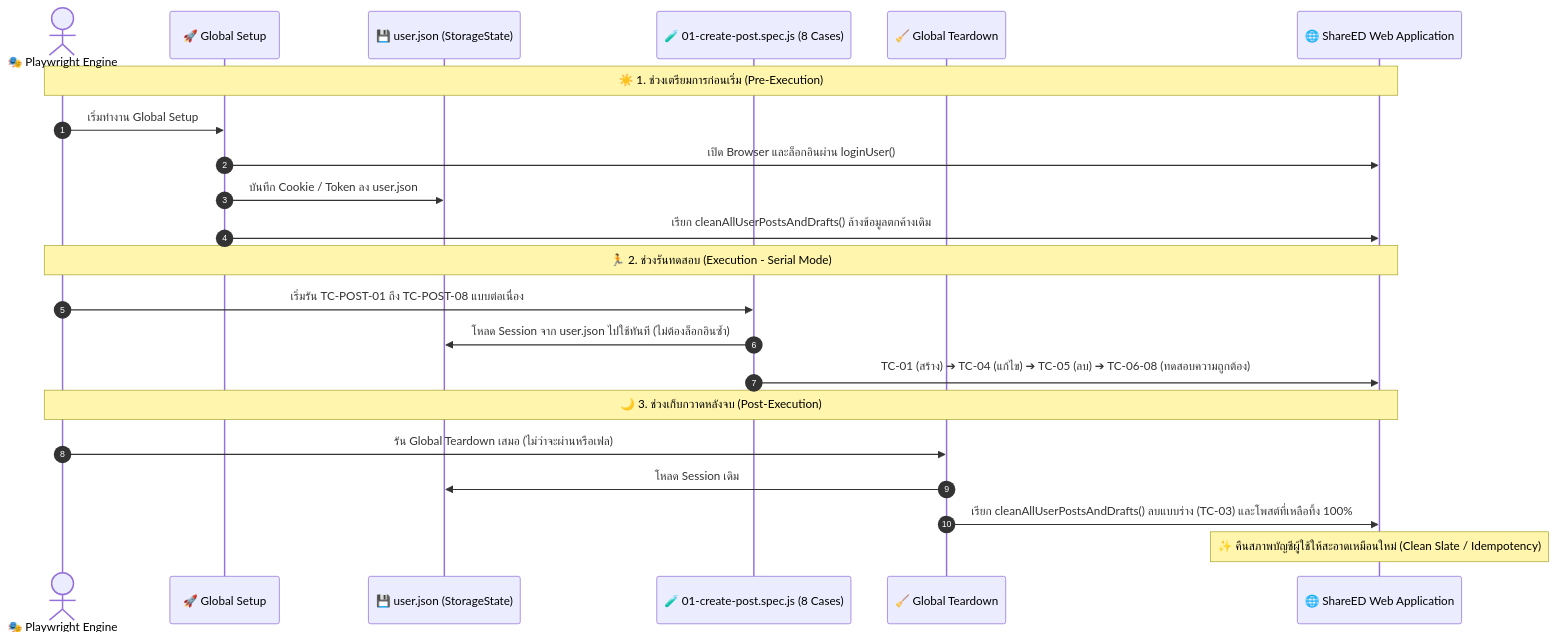
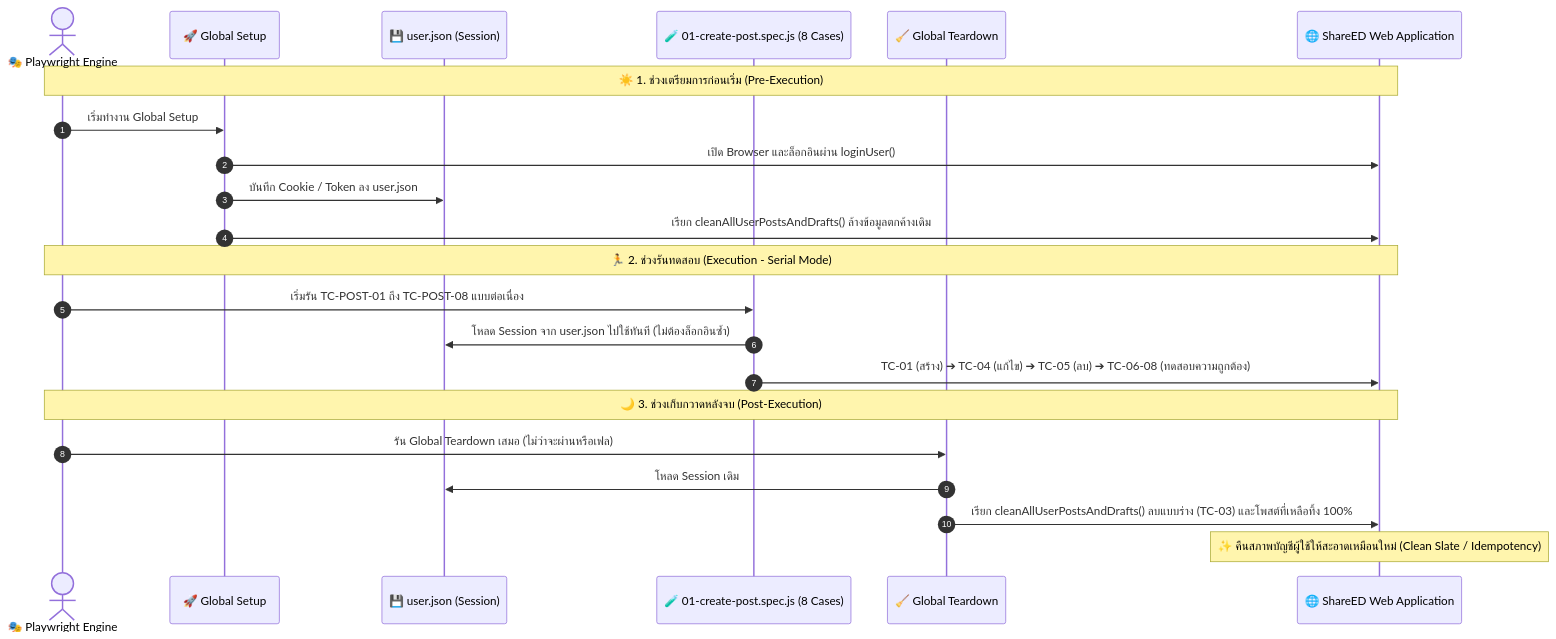
One commit to eyejangg/Testing-ShareED-Automate changed the diagram in playwright.md. Above: the diagram before and after it, drawn with Mermaid. The commit also changed other lines of this file and 1 other file, not shown here.

Commit message:
docs: format and synchronize playwright.md and README.md with complete architecture and test details

````diff
--- a/playwright.md
+++ b/playwright.md
@@ -29,27 +30,27 @@
 ```mermaid
 sequenceDiagram
     autonumber
     actor Playwright as 🎭 Playwright Engine
     participant Setup as 🚀 Global Setup
-    participant Auth as 💾 user.json (StorageState)
+    participant Auth as 💾 user.json (Session)
     participant Tests as 🧪 01-create-post.spec.js (8 Cases)
     participant Teardown as 🧹 Global Teardown
     participant Web as 🌐 ShareED Web Application
 
     Note over Playwright,Web: ☀️ 1. ช่วงเตรียมการก่อนเริ่ม (Pre-Execution)
     Playwright->>Setup: เริ่มทำงาน Global Setup
     Setup->>Web: เปิด Browser และล็อกอินผ่าน loginUser()
     Setup->>Auth: บันทึก Cookie / Token ลง user.json
     Setup->>Web: เรียก cleanAllUserPostsAndDrafts() ล้างข้อมูลตกค้างเดิม
 
     Note over Playwright,Web: 🏃 2. ช่วงรันทดสอบ (Execution - Serial Mode)
     Playwright->>Tests: เริ่มรัน TC-POST-01 ถึง TC-POST-08 แบบต่อเนื่อง
     Tests->>Auth: โหลด Session จาก user.json ไปใช้ทันที (ไม่ต้องล็อกอินซ้ำ)
     Tests->>Web: TC-01 (สร้าง) ➔ TC-04 (แก้ไข) ➔ TC-05 (ลบ) ➔ TC-06-08 (ทดสอบความถูกต้อง)
 
     Note over Playwright,Web: 🌙 3. ช่วงเก็บกวาดหลังจบ (Post-Execution)
     Playwright->>Teardown: รัน Global Teardown เสมอ (ไม่ว่าจะผ่านหรือเฟล)
     Teardown->>Auth: โหลด Session เดิม
     Teardown->>Web: เรียก cleanAllUserPostsAndDrafts() ลบแบบร่าง (TC-03) และโพสต์ที่เหลือทิ้ง 100%
     Note over Web: ✨ คืนสภาพบัญชีผู้ใช้ให้สะอาดเหมือนใหม่ (Clean Slate / Idempotency)
 ```
````
